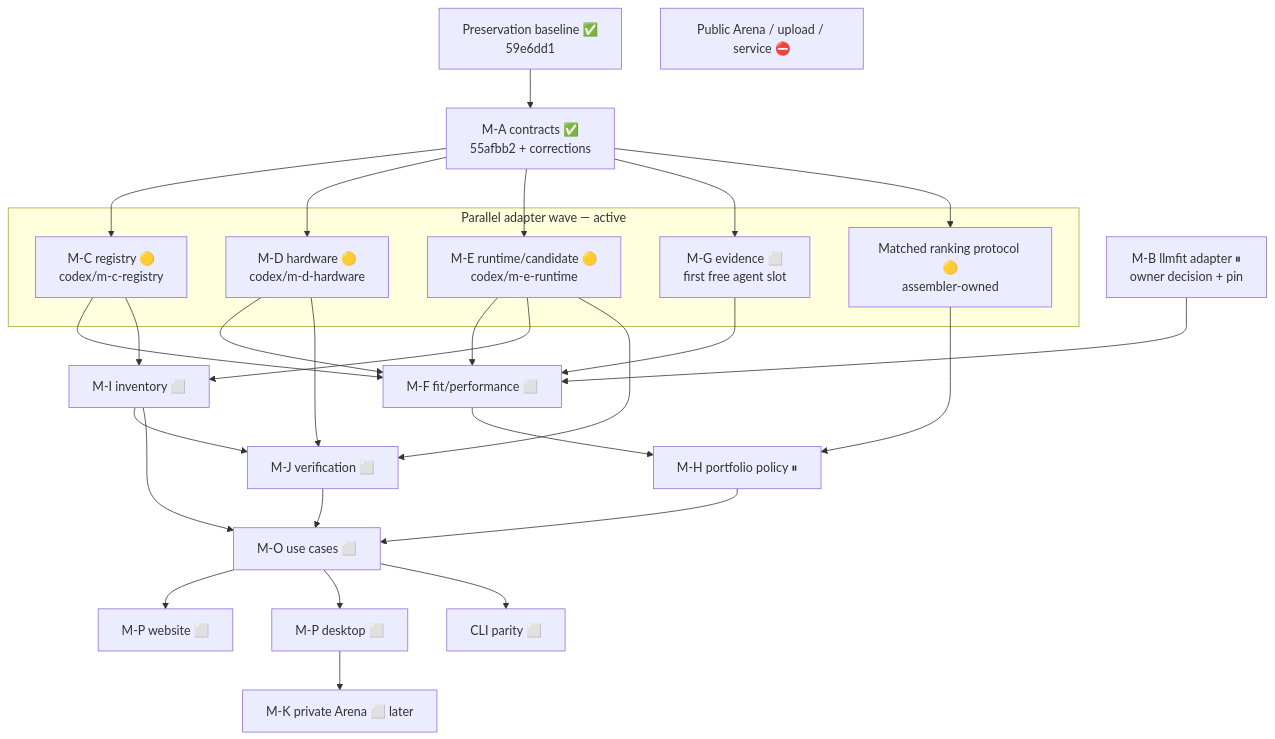
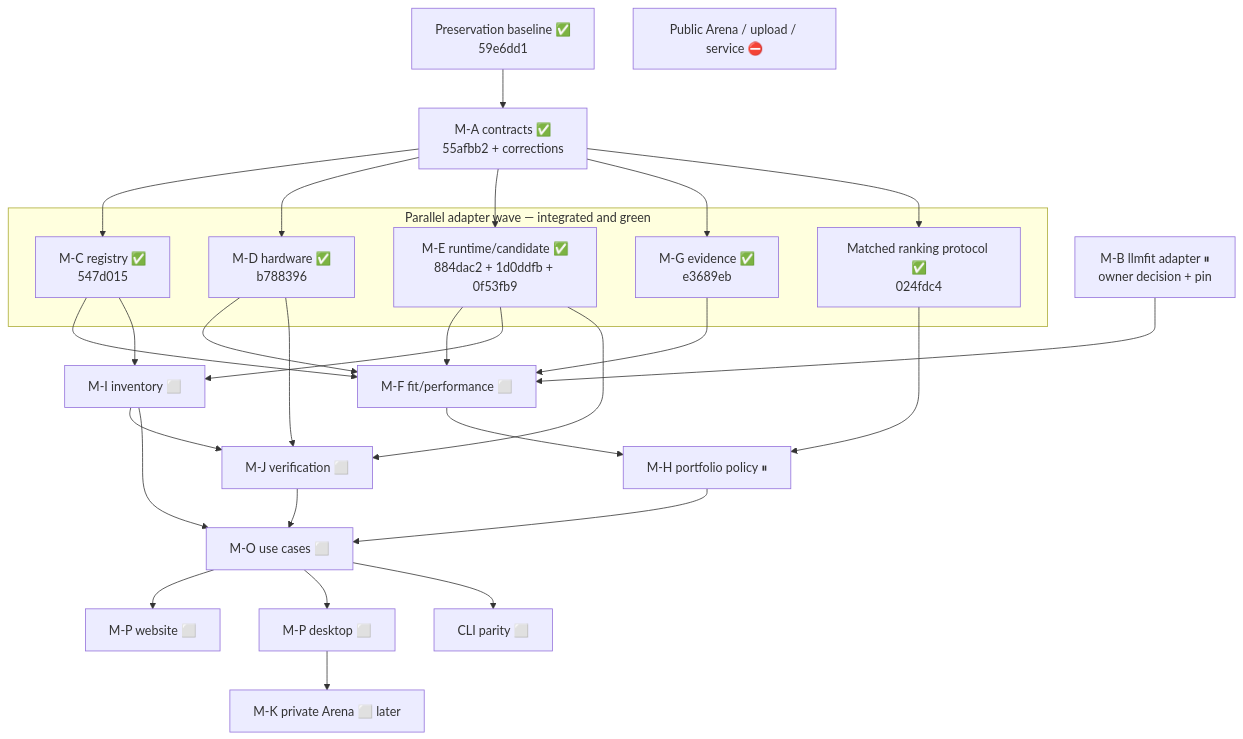
The second of 2 diagrams in docs/system-build-assembler.md (chinmayi-r/localarcade), drawn with Mermaid before and after one commit. The commit also changed other lines of this file and 1 other file, not shown here.

Commit message:
docs: close first parallel adapter wave

````diff
--- a/docs/system-build-assembler.md
+++ b/docs/system-build-assembler.md
@@ -148,42 +148,42 @@
 ```mermaid
 flowchart TB
   BASE["Preservation baseline ✅\n59e6dd1"] --> MA["M-A contracts ✅\n55afbb2 + corrections"]
 
-  subgraph W1["Parallel adapter wave — active"]
-    MC["M-C registry 🟡\ncodex/m-c-registry"]
-    MD["M-D hardware 🟡\ncodex/m-d-hardware"]
-    ME["M-E runtime/candidate 🟡\ncodex/m-e-runtime"]
-    MG["M-G evidence ⬜\nfirst free agent slot"]
-    PROTO["Matched ranking protocol 🟡\nassembler-owned"]
+  subgraph W1["Parallel adapter wave — integrated and green"]
+    MC["M-C registry ✅\n547d015"]
+    MD["M-D hardware ✅\nb788396"]
+    ME["M-E runtime/candidate ✅\n884dac2 + 1d0ddfb + 0f53fb9"]
+    MG["M-G evidence ✅\ne3689eb"]
+    PROTO["Matched ranking protocol ✅\n024fdc4"]
   end
 
   MA --> MC
   MA --> MD
   MA --> ME
   MA --> MG
   MA --> PROTO
 
   MB["M-B llmfit adapter ⏸\nowner decision + pin"]
   MC --> MF["M-F fit/performance ⬜"]
   MD --> MF
   ME --> MF
   MG --> MF
   MB --> MF
 
   MC --> MI["M-I inventory ⬜"]
   ME --> MI
   MD --> MJ["M-J verification ⬜"]
   ME --> MJ
   MI --> MJ
 
   MF --> MH["M-H portfolio policy ⏸"]
   PROTO --> MH
   MH --> MO["M-O use cases ⬜"]
   MI --> MO
   MJ --> MO
   MO --> WEB["M-P website ⬜"]
   MO --> DESK["M-P desktop ⬜"]
   MO --> CLI["CLI parity ⬜"]
   DESK --> ARENA["M-K private Arena ⬜ later"]
   PUBLIC["Public Arena / upload / service ⛔"]
 ```
````
